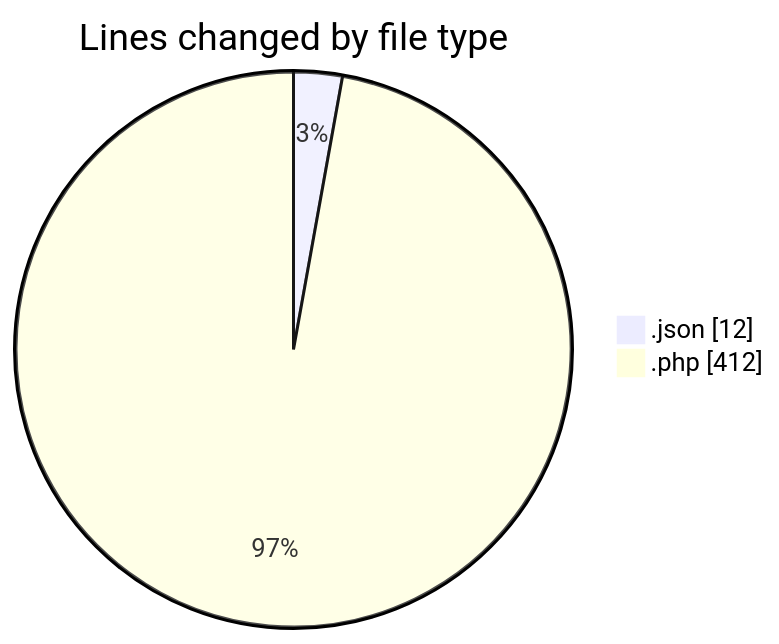
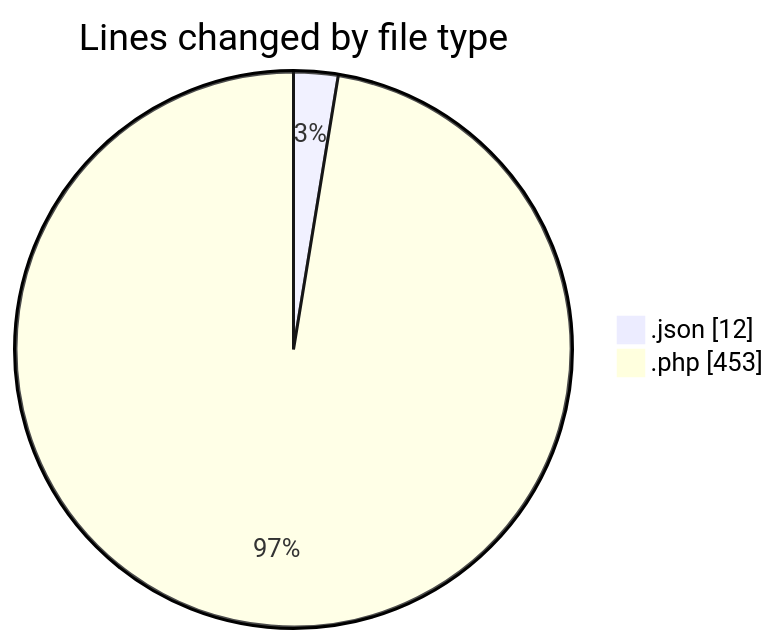
The first of 2 diagrams in 2025-01-24/zeytoon/README.md (vahidmafi/code-tracking), drawn with Mermaid before and after one commit. The commit also changed other lines of this file and 1 other file, not shown here.

````diff
--- a/2025-01-24/zeytoon/README.md
+++ b/2025-01-24/zeytoon/README.md
@@ -21,6 +22,6 @@
 ```mermaid
 pie showData
 title Lines changed by file type
 ".json" : 12
-".php" : 412
+".php" : 453
 ```
````
